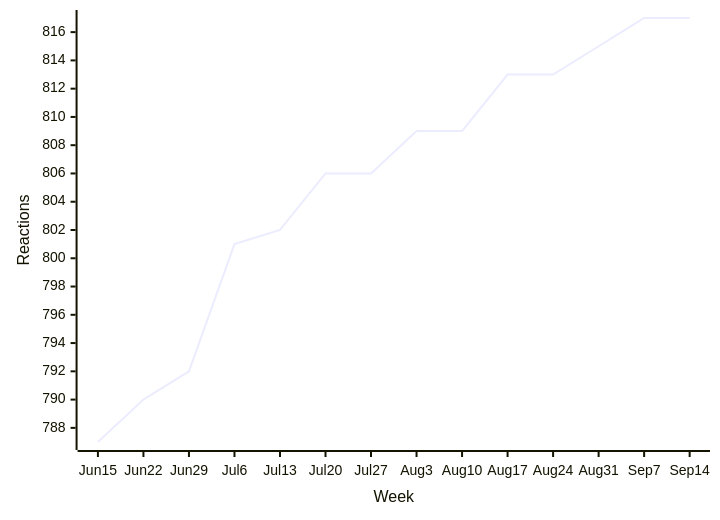
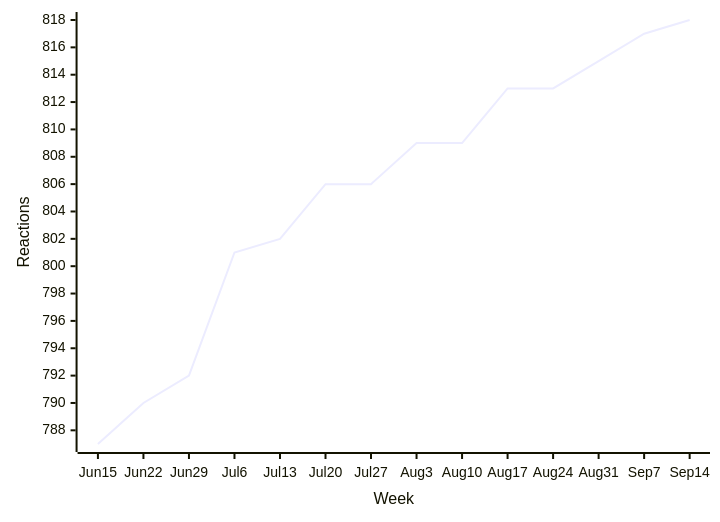
Before and after one commit to loic-sharma/github-insights: the third of 40 diagrams in README.md, drawn with Mermaid. The commit also changed other lines of this file and 3 other files, not shown here.

````diff
--- a/README.md
+++ b/README.md
@@ -358,6 +358,6 @@
   ```mermaid
   xychart-beta
     x-axis "Week" [Jun 15, Jun 22, Jun 29, Jul 6, Jul 13, Jul 20, Jul 27, Aug 3, Aug 10, Aug 17, Aug 24, Aug 31, Sep 7, Sep 14]
     y-axis "Reactions"
-    line [787, 790, 792, 801, 802, 806, 806, 809, 809, 813, 813, 815, 817, 817]
+    line [787, 790, 792, 801, 802, 806, 806, 809, 809, 813, 813, 815, 817, 818]
   ```
````
